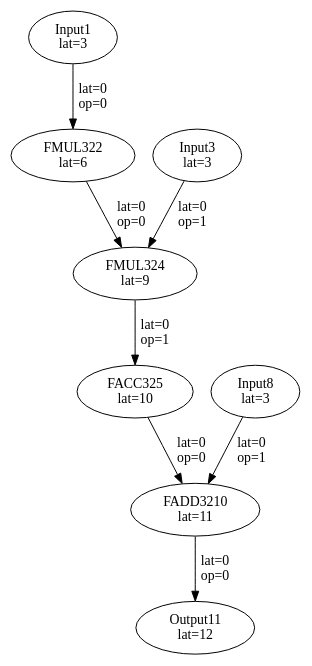
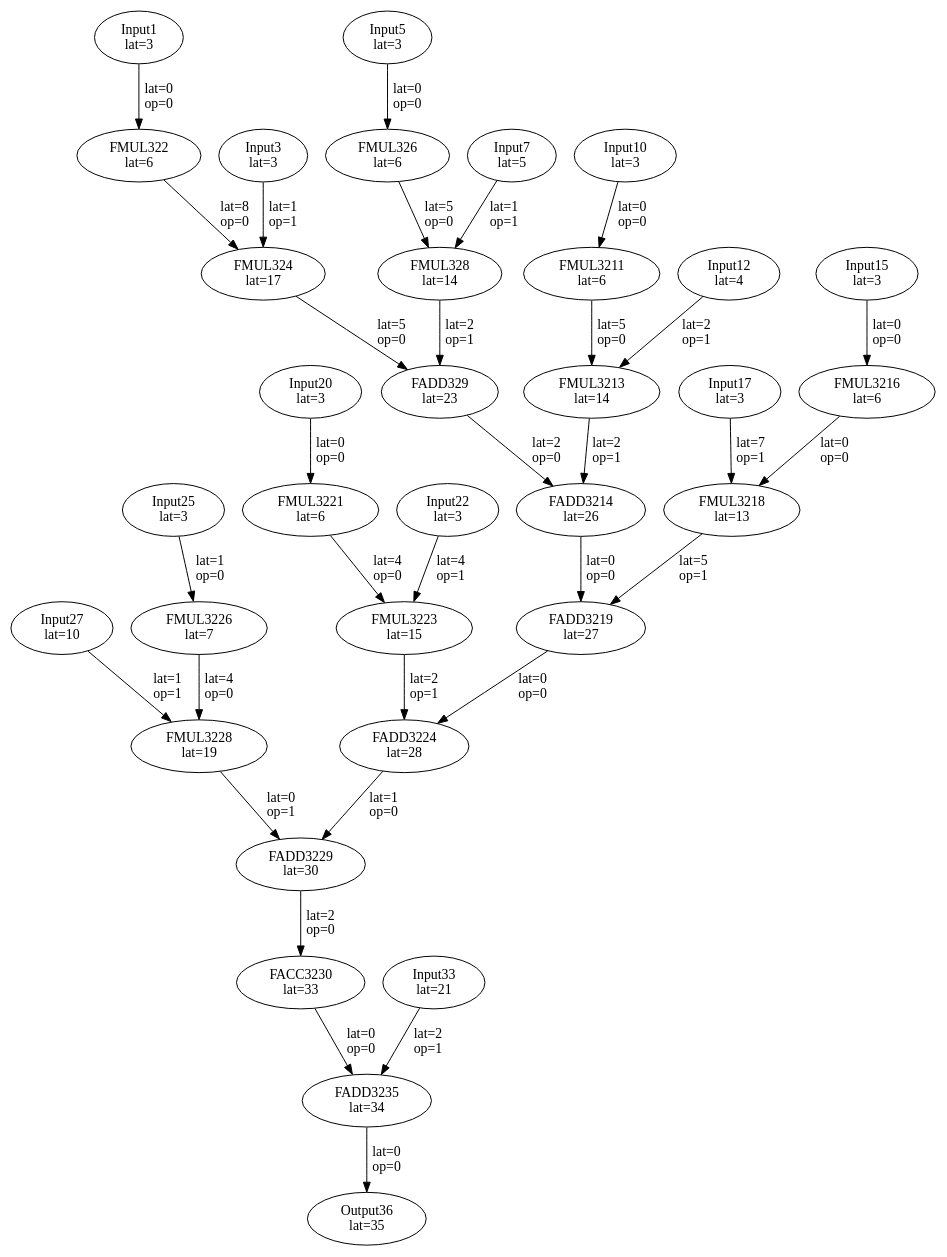
One commit to MIONkb/adora-compiler changed the diagram in experiment/Cbenchmarks/Polybench/linear-algebra/blas/gemm/IR/tempfiles/kernel_gemm_1_map_result/mapped_dfg.dot. Above: the diagram before and after it, drawn with Graphviz. The commit also changed 135 other files, not shown here.

```diff
--- a/experiment/Cbenchmarks/Polybench/linear-algebra/blas/gemm/IR/tempfiles/kernel_gemm_1_map_result/mapped_dfg.dot
+++ b/experiment/Cbenchmarks/Polybench/linear-algebra/blas/gemm/IR/tempfiles/kernel_gemm_1_map_result/mapped_dfg.dot
@@ -1,17 +1,67 @@
 Digraph G {
 "Input1"[label = "\N\nlat=3"];
 "FMUL322"[label = "\N\nlat=6"];
 "Input1"->"FMUL322"[label = "lat=0\nop=0"];
 "Input3"[label = "\N\nlat=3"];
-"FMUL324"[label = "\N\nlat=9"];
-"FMUL322"->"FMUL324"[label = "lat=0\nop=0"];
-"Input3"->"FMUL324"[label = "lat=0\nop=1"];
-"FACC325"[label = "\N\nlat=10"];
-"FMUL324"->"FACC325"[label = "lat=0\nop=1"];
-"Input8"[label = "\N\nlat=3"];
-"FADD3210"[label = "\N\nlat=11"];
-"FACC325"->"FADD3210"[label = "lat=0\nop=0"];
-"Input8"->"FADD3210"[label = "lat=0\nop=1"];
-"Output11"[label = "\N\nlat=12"];
-"FADD3210"->"Output11"[label = "lat=0\nop=0"];
+"FMUL324"[label = "\N\nlat=17"];
+"FMUL322"->"FMUL324"[label = "lat=8\nop=0"];
+"Input3"->"FMUL324"[label = "lat=1\nop=1"];
+"Input5"[label = "\N\nlat=3"];
+"FMUL326"[label = "\N\nlat=6"];
+"Input5"->"FMUL326"[label = "lat=0\nop=0"];
+"Input7"[label = "\N\nlat=5"];
+"FMUL328"[label = "\N\nlat=14"];
+"FMUL326"->"FMUL328"[label = "lat=5\nop=0"];
+"Input7"->"FMUL328"[label = "lat=1\nop=1"];
+"FADD329"[label = "\N\nlat=23"];
+"FMUL324"->"FADD329"[label = "lat=5\nop=0"];
+"FMUL328"->"FADD329"[label = "lat=2\nop=1"];
+"Input10"[label = "\N\nlat=3"];
+"FMUL3211"[label = "\N\nlat=6"];
+"Input10"->"FMUL3211"[label = "lat=0\nop=0"];
+"Input12"[label = "\N\nlat=4"];
+"FMUL3213"[label = "\N\nlat=14"];
+"FMUL3211"->"FMUL3213"[label = "lat=5\nop=0"];
+"Input12"->"FMUL3213"[label = "lat=2\nop=1"];
+"FADD3214"[label = "\N\nlat=26"];
+"FADD329"->"FADD3214"[label = "lat=2\nop=0"];
+"FMUL3213"->"FADD3214"[label = "lat=2\nop=1"];
+"Input15"[label = "\N\nlat=3"];
+"FMUL3216"[label = "\N\nlat=6"];
+"Input15"->"FMUL3216"[label = "lat=0\nop=0"];
+"Input17"[label = "\N\nlat=3"];
+"FMUL3218"[label = "\N\nlat=13"];
+"FMUL3216"->"FMUL3218"[label = "lat=0\nop=0"];
+"Input17"->"FMUL3218"[label = "lat=7\nop=1"];
+"FADD3219"[label = "\N\nlat=27"];
+"FADD3214"->"FADD3219"[label = "lat=0\nop=0"];
+"FMUL3218"->"FADD3219"[label = "lat=5\nop=1"];
+"Input20"[label = "\N\nlat=3"];
+"FMUL3221"[label = "\N\nlat=6"];
+"Input20"->"FMUL3221"[label = "lat=0\nop=0"];
+"Input22"[label = "\N\nlat=3"];
+"FMUL3223"[label = "\N\nlat=15"];
+"FMUL3221"->"FMUL3223"[label = "lat=4\nop=0"];
+"Input22"->"FMUL3223"[label = "lat=4\nop=1"];
+"FADD3224"[label = "\N\nlat=28"];
+"FADD3219"->"FADD3224"[label = "lat=0\nop=0"];
+"FMUL3223"->"FADD3224"[label = "lat=2\nop=1"];
+"Input25"[label = "\N\nlat=3"];
+"FMUL3226"[label = "\N\nlat=7"];
+"Input25"->"FMUL3226"[label = "lat=1\nop=0"];
+"Input27"[label = "\N\nlat=10"];
+"FMUL3228"[label = "\N\nlat=19"];
+"FMUL3226"->"FMUL3228"[label = "lat=4\nop=0"];
+"Input27"->"FMUL3228"[label = "lat=1\nop=1"];
+"FADD3229"[label = "\N\nlat=30"];
+"FADD3224"->"FADD3229"[label = "lat=1\nop=0"];
+"FMUL3228"->"FADD3229"[label = "lat=0\nop=1"];
+"FACC3230"[label = "\N\nlat=33"];
+"FADD3229"->"FACC3230"[label = "lat=2\nop=0"];
+"Input33"[label = "\N\nlat=21"];
+"FADD3235"[label = "\N\nlat=34"];
+"FACC3230"->"FADD3235"[label = "lat=0\nop=0"];
+"Input33"->"FADD3235"[label = "lat=2\nop=1"];
+"Output36"[label = "\N\nlat=35"];
+"FADD3235"->"Output36"[label = "lat=0\nop=0"];
 }
```
